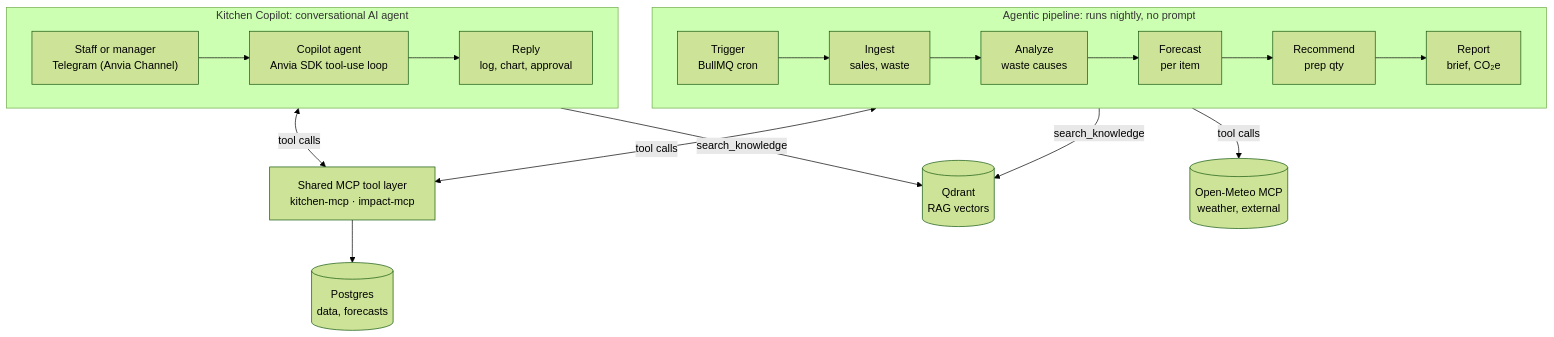
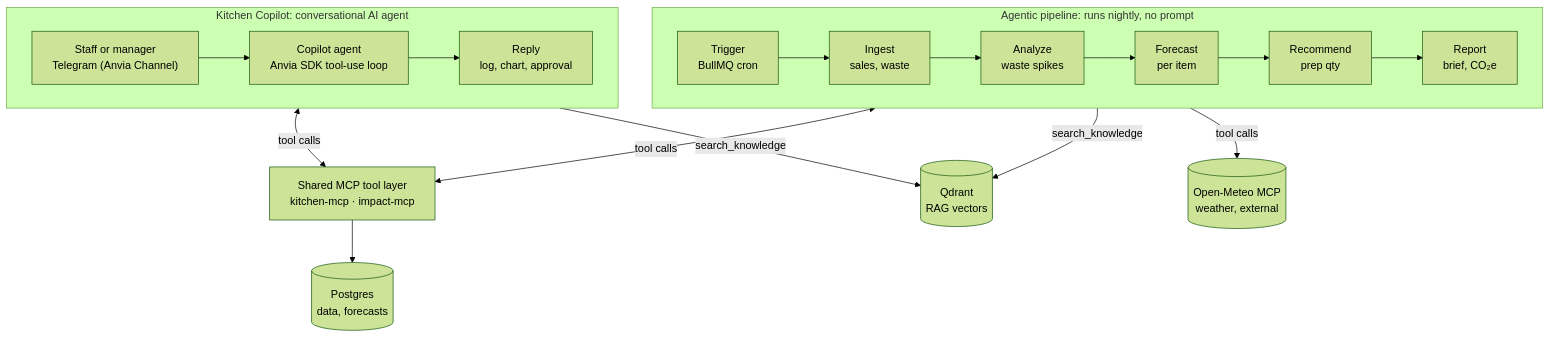
One commit to Zalayetha/SisaKu changed the diagram in technical-design.md. Above: the diagram before and after it, drawn with Mermaid (forest theme). The commit also changed other lines of this file and 25 other files, not shown here.

First line of the commit message:
feat: spike investigator explains the top 3 waste spikes (#93)

````diff
--- a/technical-design.md
+++ b/technical-design.md
@@ -20,21 +20,21 @@
 ```mermaid
 flowchart TB
   subgraph Pipeline["Agentic pipeline: runs nightly, no prompt"]
     direction LR
-    T["Trigger<br/>BullMQ cron"] --> I["Ingest<br/>sales, waste"] --> A["Analyze<br/>waste causes"] --> F["Forecast<br/>per item"] --> R["Recommend<br/>prep qty"] --> Rep["Report<br/>brief, CO₂e"]
+    T["Trigger<br/>BullMQ cron"] --> I["Ingest<br/>sales, waste"] --> A["Analyze<br/>waste spikes"] --> F["Forecast<br/>per item"] --> R["Recommend<br/>prep qty"] --> Rep["Report<br/>brief, CO₂e"]
   end
   MCP["Shared MCP tool layer<br/>kitchen-mcp · impact-mcp"]
   DB[("Postgres<br/>data, forecasts")]
   Q[("Qdrant<br/>RAG vectors")]
   subgraph Copilot["Kitchen Copilot: conversational AI agent"]
     direction LR
     S["Staff or manager<br/>Telegram (Anvia Channel)"] --> C["Copilot agent<br/>Anvia SDK tool-use loop"] --> Re["Reply<br/>log, chart, approval"]
   end
   Pipeline <-- tool calls --> MCP
   Copilot <-- tool calls --> MCP
   MCP --> DB
   Pipeline -- search_knowledge --> Q
   W[("Open-Meteo MCP<br/>weather, external")]
   Pipeline -- tool calls --> W
   Copilot -- search_knowledge --> Q
 ```
````
